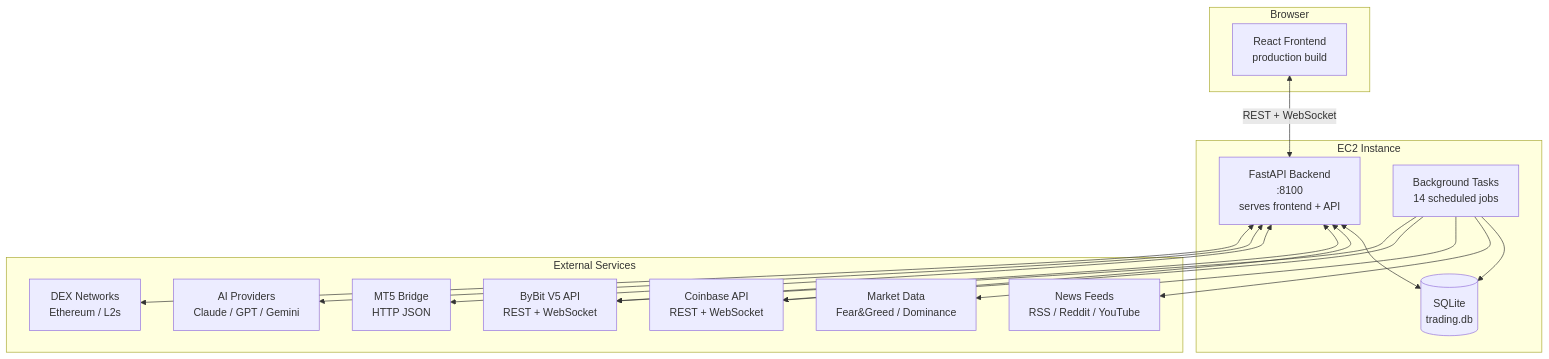
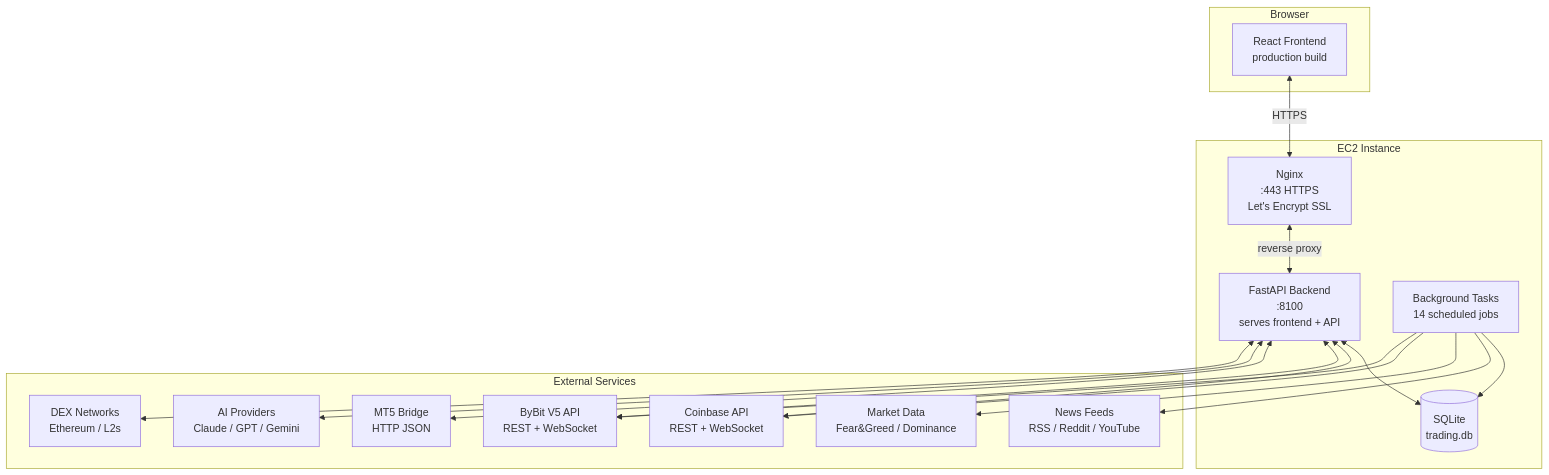
Before and after one commit to lromero74/ZenithGrid: the first of 5 diagrams in docs/ARCHITECTURE.md, drawn with Mermaid. The commit also changed other lines of this file and 10 other files, not shown here.

````diff
--- a/docs/ARCHITECTURE.md
+++ b/docs/ARCHITECTURE.md
@@ -27,35 +29,37 @@
 ```mermaid
 graph TB
     subgraph Browser
         FE[React Frontend<br/>production build]
     end
 
     subgraph "EC2 Instance"
+        NGX[Nginx<br/>:443 HTTPS<br/>Let's Encrypt SSL]
         BE[FastAPI Backend<br/>:8100<br/>serves frontend + API]
         DB[(SQLite<br/>trading.db)]
         BG[Background Tasks<br/>14 scheduled jobs]
     end
 
     subgraph "External Services"
         CB[Coinbase API<br/>REST + WebSocket]
         BB[ByBit V5 API<br/>REST + WebSocket]
         MT5[MT5 Bridge<br/>HTTP JSON]
         AI[AI Providers<br/>Claude / GPT / Gemini]
         DEX[DEX Networks<br/>Ethereum / L2s]
         NEWS[News Feeds<br/>RSS / Reddit / YouTube]
         MKT[Market Data<br/>Fear&Greed / Dominance]
     end
 
-    FE <-->|REST + WebSocket| BE
+    FE <-->|HTTPS| NGX
+    NGX <-->|reverse proxy| BE
     BE <--> DB
     BG --> DB
     BE <--> CB
     BE <--> BB
     BE <--> MT5
     BE <--> AI
     BE <--> DEX
     BG --> NEWS
     BG --> MKT
     BG --> CB
     BG --> BB
 ```
````
